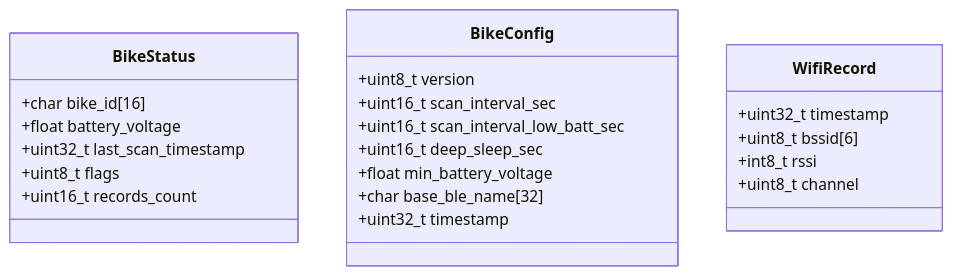
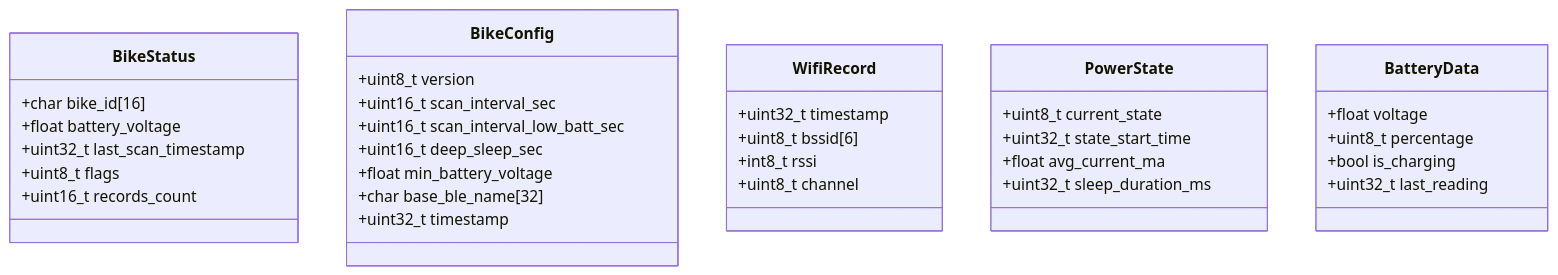
The eighth of 10 diagrams in firmware/bike/SYSTEM_FLOW.md (Ameciclo/bpr-sistema), drawn with Mermaid before and after one commit. The commit also changed other lines of this file and 49 other files, not shown here.

````diff
--- a/firmware/bike/SYSTEM_FLOW.md
+++ b/firmware/bike/SYSTEM_FLOW.md
@@ -162,27 +183,41 @@
 ```mermaid
 classDiagram
     class BikeStatus {
         +char bike_id[16]
         +float battery_voltage
         +uint32_t last_scan_timestamp
         +uint8_t flags
         +uint16_t records_count
     }
     
     class BikeConfig {
         +uint8_t version
         +uint16_t scan_interval_sec
         +uint16_t scan_interval_low_batt_sec
         +uint16_t deep_sleep_sec
         +float min_battery_voltage
         +char base_ble_name[32]
         +uint32_t timestamp
     }
     
     class WifiRecord {
         +uint32_t timestamp
         +uint8_t bssid[6]
         +int8_t rssi
         +uint8_t channel
     }
+    
+    class PowerState {
+        +uint8_t current_state
+        +uint32_t state_start_time
+        +float avg_current_ma
+        +uint32_t sleep_duration_ms
+    }
+    
+    class BatteryData {
+        +float voltage
+        +uint8_t percentage
+        +bool is_charging
+        +uint32_t last_reading
+    }
 ```
````
